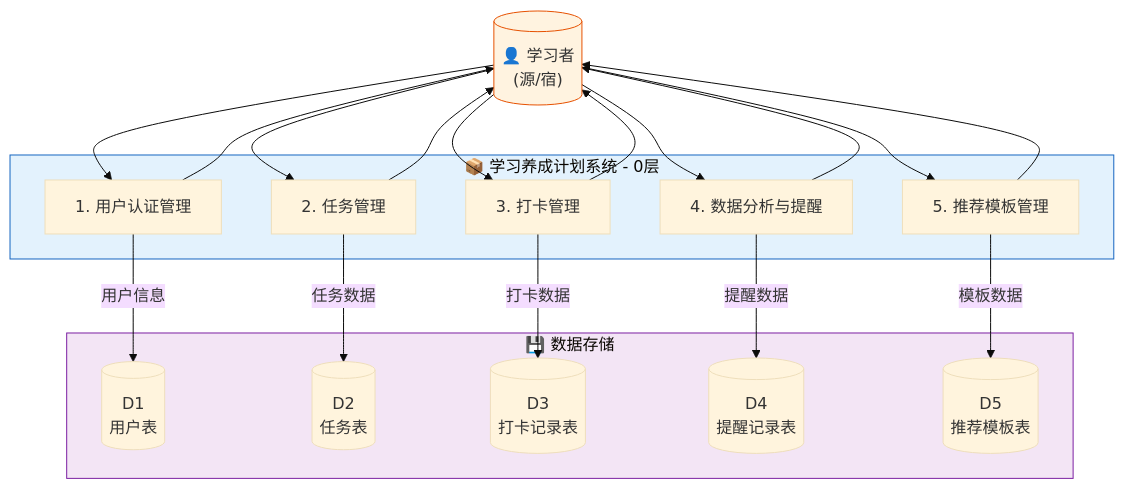
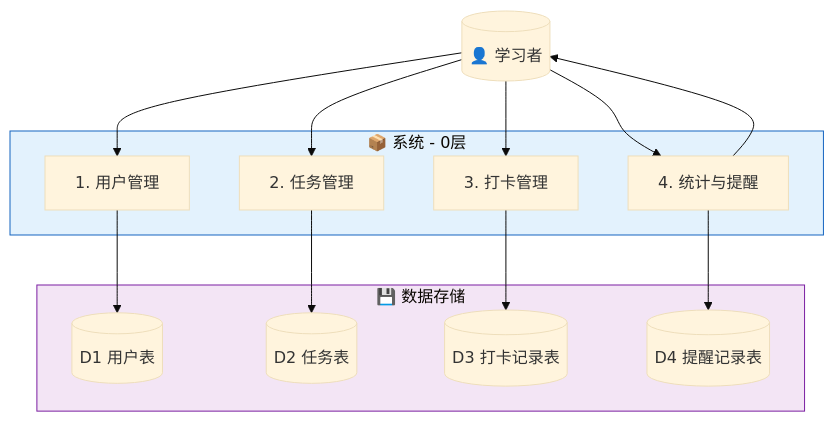
The fourth of 7 diagrams in 需求报告.md (TonyzzZ666/Study-Agent), drawn with Mermaid (base theme) before and after one commit. The commit also changed other lines of this file and 3 other files, not shown here.

````diff
--- a/需求报告.md
+++ b/需求报告.md
@@ -242,40 +113,28 @@
 ```mermaid
 flowchart TD
-    User[("👤 学习者<br/>(源/宿)")]
-
-    subgraph System["📦 学习养成计划系统 - 0层"]
-        P1["1. 用户认证管理"]
+    User[("👤 学习者")]
+    subgraph System["📦 系统 - 0层"]
+        P1["1. 用户管理"]
         P2["2. 任务管理"]
         P3["3. 打卡管理"]
-        P4["4. 数据分析与提醒"]
-        P5["5. 推荐模板管理"]
+        P4["4. 统计与提醒"]
     end
-
     subgraph Storage["💾 数据存储"]
-        D1[("D1<br/>用户表")]
-        D2[("D2<br/>任务表")]
-        D3[("D3<br/>打卡记录表")]
-        D4[("D4<br/>提醒记录表")]
-        D5[("D5<br/>推荐模板表")]
+        D1[("D1 用户表")]
+        D2[("D2 任务表")]
+        D3[("D3 打卡记录表")]
+        D4[("D4 提醒记录表")]
     end
-
     User --> P1
     User --> P2
     User --> P3
     User --> P4
-    User --> P5
-    P1 -->|"用户信息"| D1
-    P2 -->|"任务数据"| D2
-    P3 -->|"打卡数据"| D3
-    P4 -->|"提醒数据"| D4
-    P5 -->|"模板数据"| D5
-    P1 --> User
-    P2 --> User
-    P3 --> User
+    P1 --> D1
+    P2 --> D2
+    P3 --> D3
+    P4 --> D4
     P4 --> User
-    P5 --> User
 
     style System fill:#e3f2fd,stroke:#1565c0
     style Storage fill:#f3e5f5,stroke:#7b1fa2
-    style User fill:#fff3e0,stroke:#e65100
 ```
````
